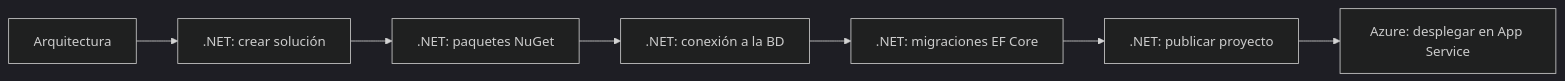
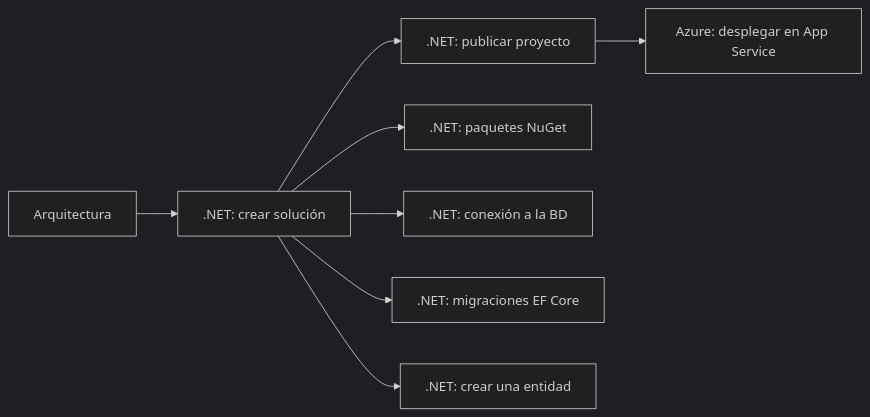
Before and after one commit to EdwinTSAV/mi-viaje-con-net: the diagram in README.md, drawn with Mermaid (dark theme). The commit also changed other lines of this file and 2 other files, not shown here.

Commit message:
Documentación de nueva entidad

````diff
--- a/README.md
+++ b/README.md
@@ -33,9 +34,9 @@
 ```mermaid
 flowchart LR
-    A[Arquitectura] --> B[.NET: crear solución]
-    B --> C[.NET: paquetes NuGet]
-    C --> D[.NET: conexión a la BD]
-    D --> E[.NET: migraciones EF Core]
-    E --> F[.NET: publicar proyecto]
-    F --> G[Azure: desplegar en App Service]
+    A[Arquitectura] --> B[.NET: crear solución] --> C[.NET: publicar proyecto] --> D[Azure: desplegar en App Service]
+
+    B --> B1[.NET: paquetes NuGet]
+    B --> B2[.NET: conexión a la BD]
+    B --> B3[.NET: migraciones EF Core]
+    B --> B4[.NET: crear una entidad]
 ```
````
